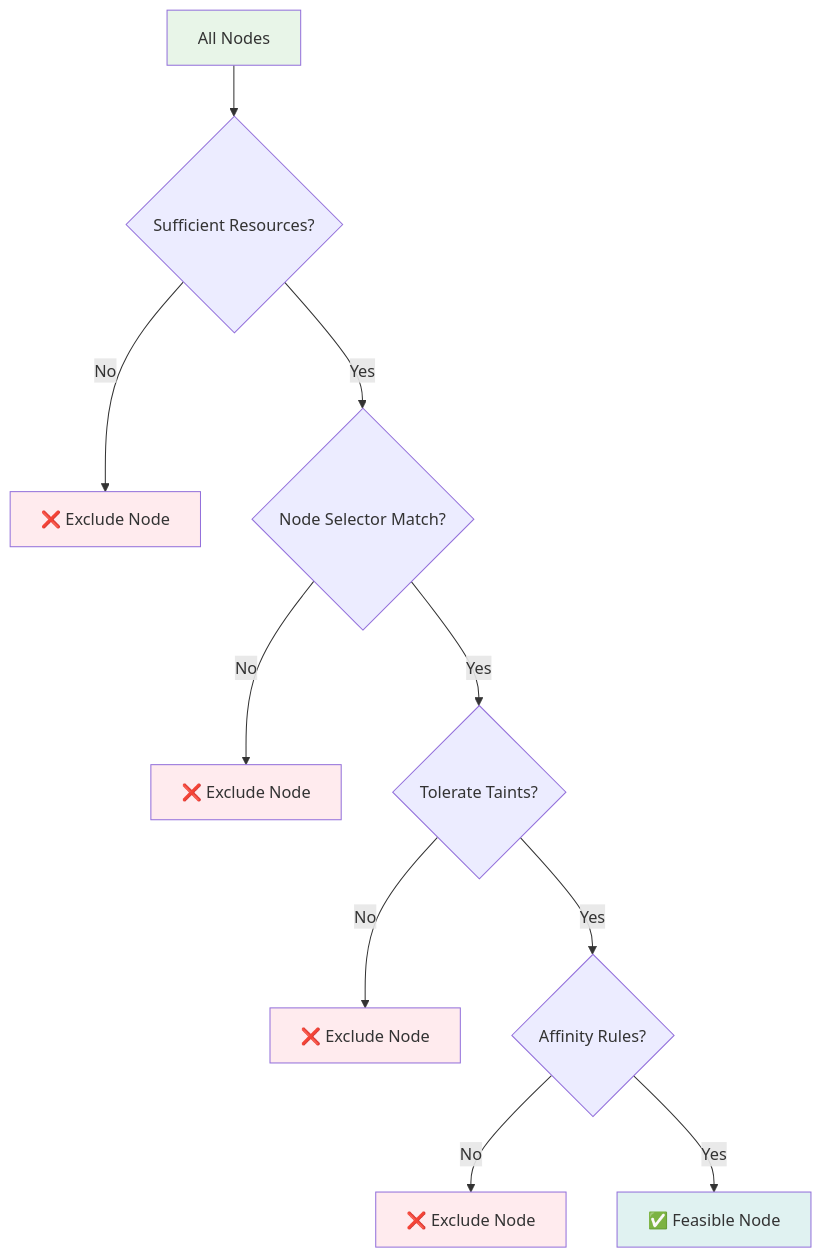
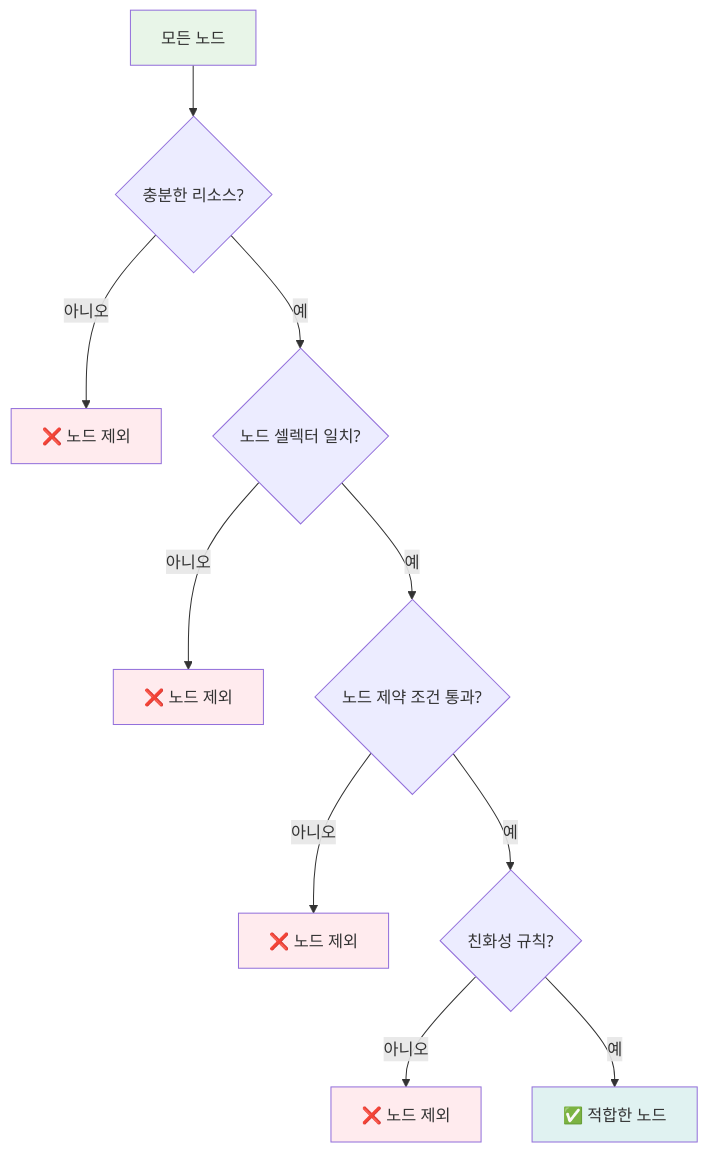
Before and after one commit to niceguy61/kdt_devops_lecture_2025: the second of 8 diagrams in theory/week_03/day1/session_3.md, drawn with Mermaid. The commit also changed other lines of this file, not shown here.

Commit message:
s3 mermaid update

````diff
--- a/theory/week_03/day1/session_3.md
+++ b/theory/week_03/day1/session_3.md
@@ -94,19 +94,19 @@
 ```mermaid
 flowchart TD
-    A[All Nodes] --> B{Sufficient Resources?}
-    B -->|No| X1[❌ Exclude Node]
-    B -->|Yes| C{Node Selector Match?}
-    C -->|No| X2[❌ Exclude Node]
-    C -->|Yes| D{Tolerate Taints?}
-    D -->|No| X3[❌ Exclude Node]
-    D -->|Yes| E{Affinity Rules?}
-    E -->|No| X4[❌ Exclude Node]
-    E -->|Yes| F[✅ Feasible Node]
+    A[모든 노드] --> B{충분한 리소스?}
+    B -->|아니오| X1[❌ 노드 제외]
+    B -->|예| C{노드 셀렉터 일치?}
+    C -->|아니오| X2[❌ 노드 제외]
+    C -->|예| D{노드 제약 조건 통과?}
+    D -->|아니오| X3[❌ 노드 제외]
+    D -->|예| E{친화성 규칙?}
+    E -->|아니오| X4[❌ 노드 제외]
+    E -->|예| F[✅ 적합한 노드]
     
     style A fill:#e8f5e8
     style F fill:#e0f2f1
     style X1 fill:#ffebee
     style X2 fill:#ffebee
     style X3 fill:#ffebee
     style X4 fill:#ffebee
 ```
````
